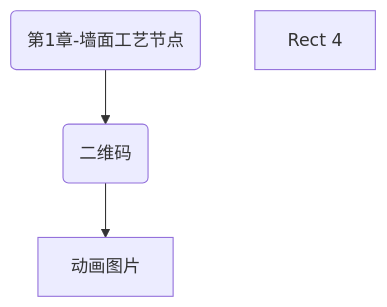
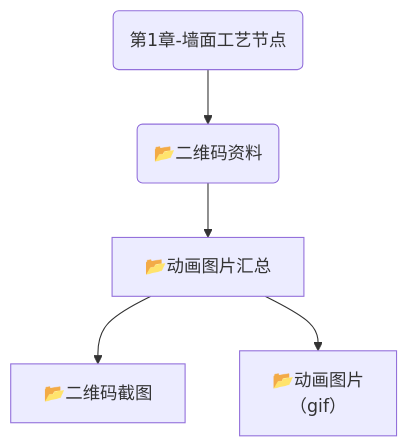
One commit to fireflysss/mermaid-notes changed the diagram in mmd/未命名_26e86789-b5ae-49c7-b436-d7c75191fbae.mmd. Above: the diagram before and after it, drawn with Mermaid. The commit also changed 3 other files, not shown here.

Commit message:
Sync Mermaid Studio data (15 diagrams)

```diff
--- a/mmd/未命名_26e86789-b5ae-49c7-b436-d7c75191fbae.mmd
+++ b/mmd/未命名_26e86789-b5ae-49c7-b436-d7c75191fbae.mmd
@@ -1,7 +1,10 @@
 flowchart TD
   n_0("第1章-墙面工艺节点")
-  n_1("二维码")
-  n_2["Rect 4"]
-  n_3["动画图片"]
+  n_1("📂二维码资料")
+  n_2["📂二维码截图"]
+  n_3["📂动画图片汇总"]
+  n_4["📂动画图片 <br/>（gif）"]
   n_0 --> n_1
   n_1 --> n_3
+  n_3 --> n_2
+  n_3 --> n_4
```
